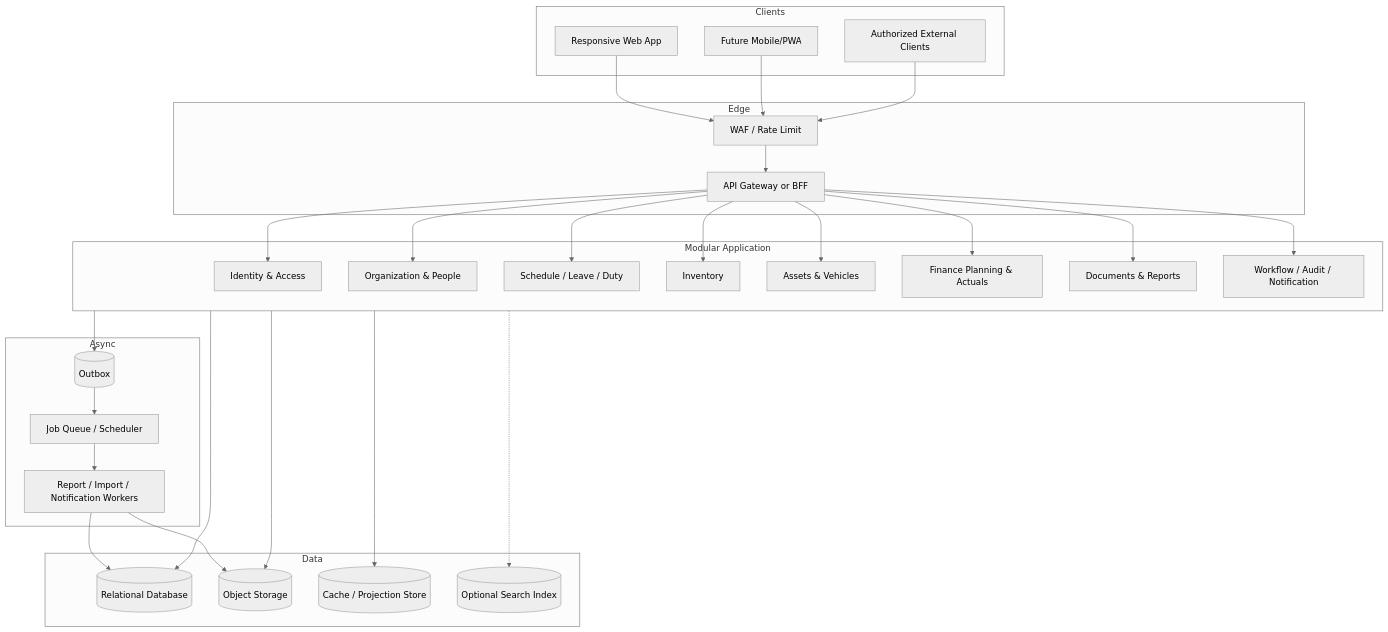
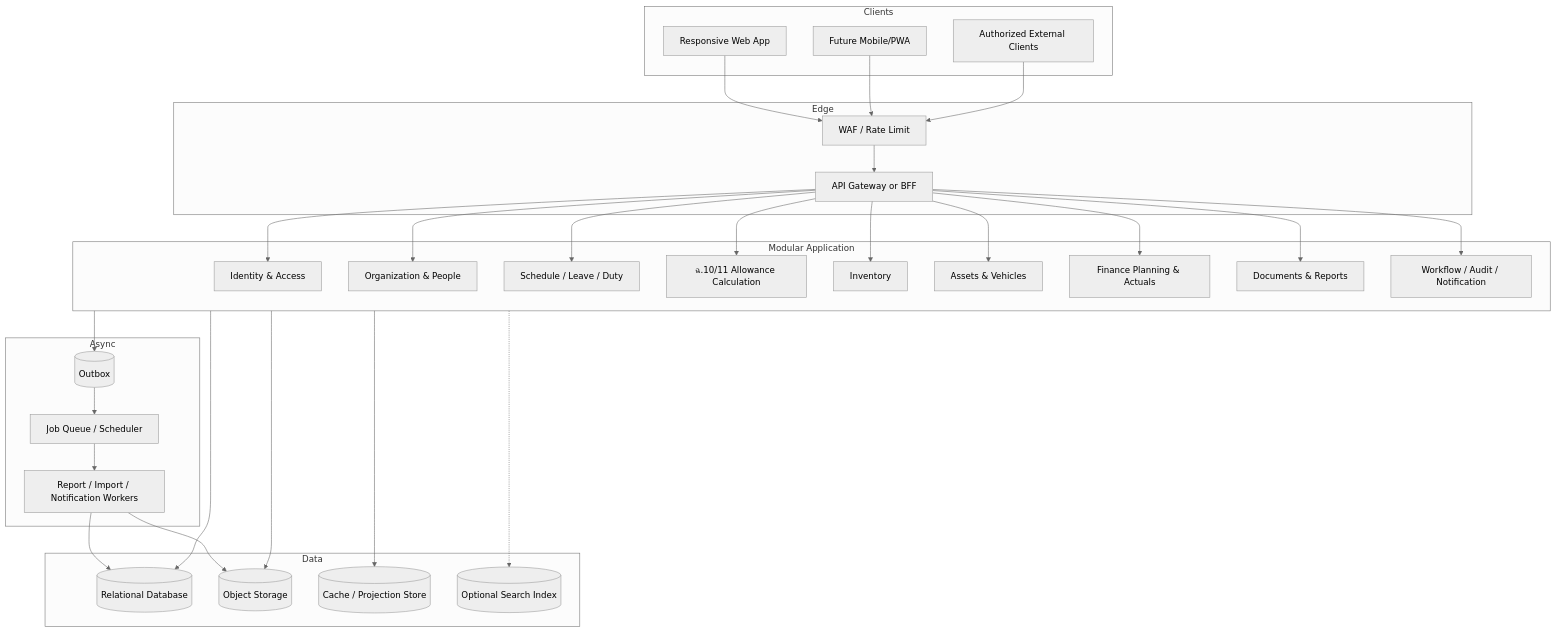
Diagram 11 of 11 in One Data System - Reimplementation Blueprint.md (sarifmanung/One-Data-System-YalaPao), drawn with Mermaid (neutral theme) before and after one commit. The commit also changed other lines of this file, not shown here.

````diff
--- a/One Data System - Reimplementation Blueprint.md
+++ b/One Data System - Reimplementation Blueprint.md
@@ -1163,56 +1258,58 @@
 ```mermaid
 flowchart TB
     subgraph Clients
       Web[Responsive Web App]
       Mobile[Future Mobile/PWA]
       External[Authorized External Clients]
     end
 
     subgraph Edge
       WAF[WAF / Rate Limit]
       BFF[API Gateway or BFF]
     end
 
     subgraph Application[Modular Application]
       IAM[Identity & Access]
       ORG[Organization & People]
       WORK[Schedule / Leave / Duty]
+      ALLOW[ฉ.10/11 Allowance Calculation]
       INV[Inventory]
       ASSET[Assets & Vehicles]
       FIN[Finance Planning & Actuals]
       DOC[Documents & Reports]
       GOV[Workflow / Audit / Notification]
     end
 
     subgraph Data
       DB[(Relational Database)]
       OBJ[(Object Storage)]
       CACHE[(Cache / Projection Store)]
       SEARCH[(Optional Search Index)]
     end
 
     subgraph Async
       OUTBOX[(Outbox)]
       JOBS[Job Queue / Scheduler]
       WORKERS[Report / Import / Notification Workers]
     end
 
     Web --> WAF --> BFF
     Mobile --> WAF
     External --> WAF
     BFF --> IAM
     BFF --> ORG
     BFF --> WORK
+    BFF --> ALLOW
     BFF --> INV
     BFF --> ASSET
     BFF --> FIN
     BFF --> DOC
     BFF --> GOV
     Application --> DB
     Application --> OBJ
     Application --> CACHE
     Application -.-> SEARCH
     Application --> OUTBOX --> JOBS --> WORKERS
     WORKERS --> DB
     WORKERS --> OBJ
 ```
````
